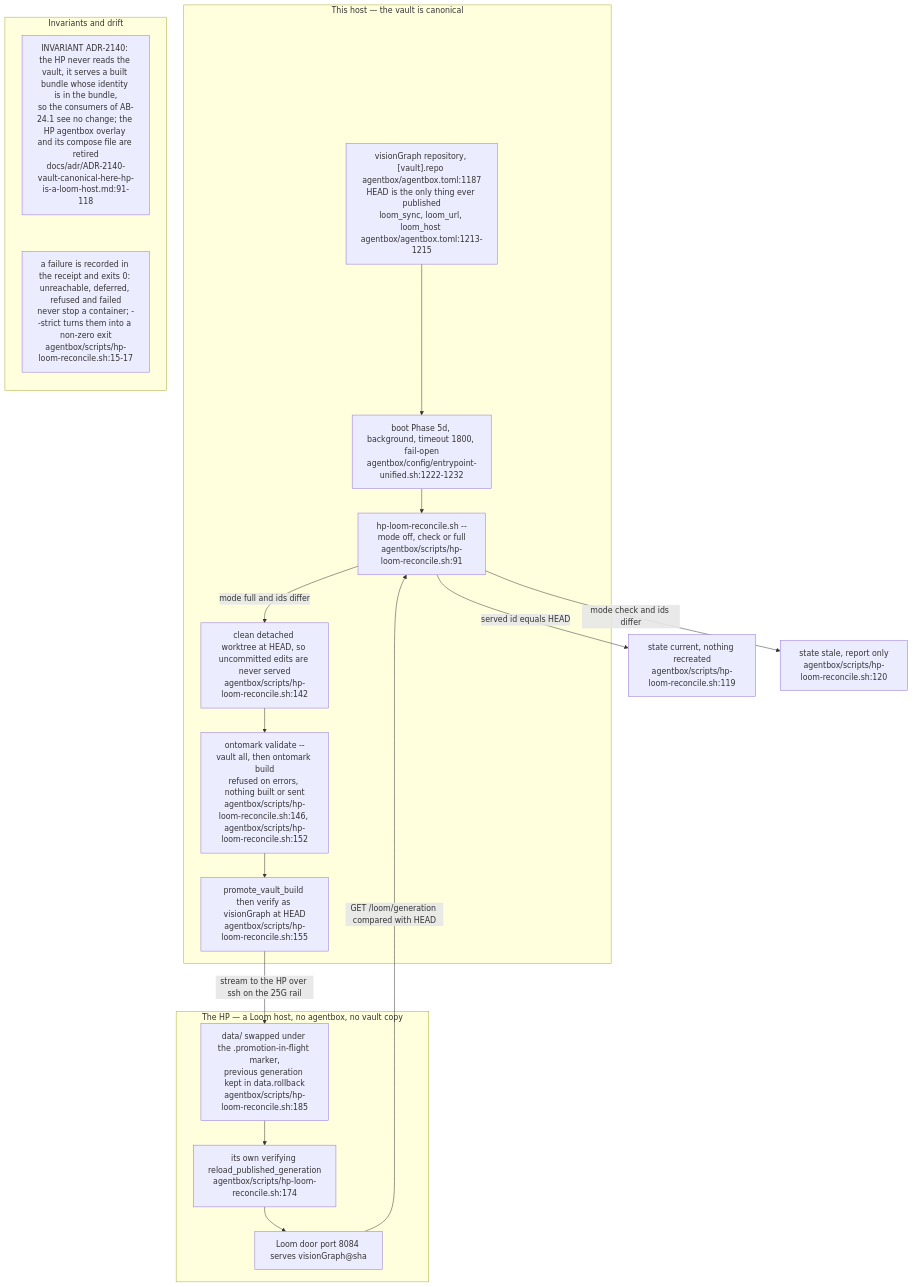
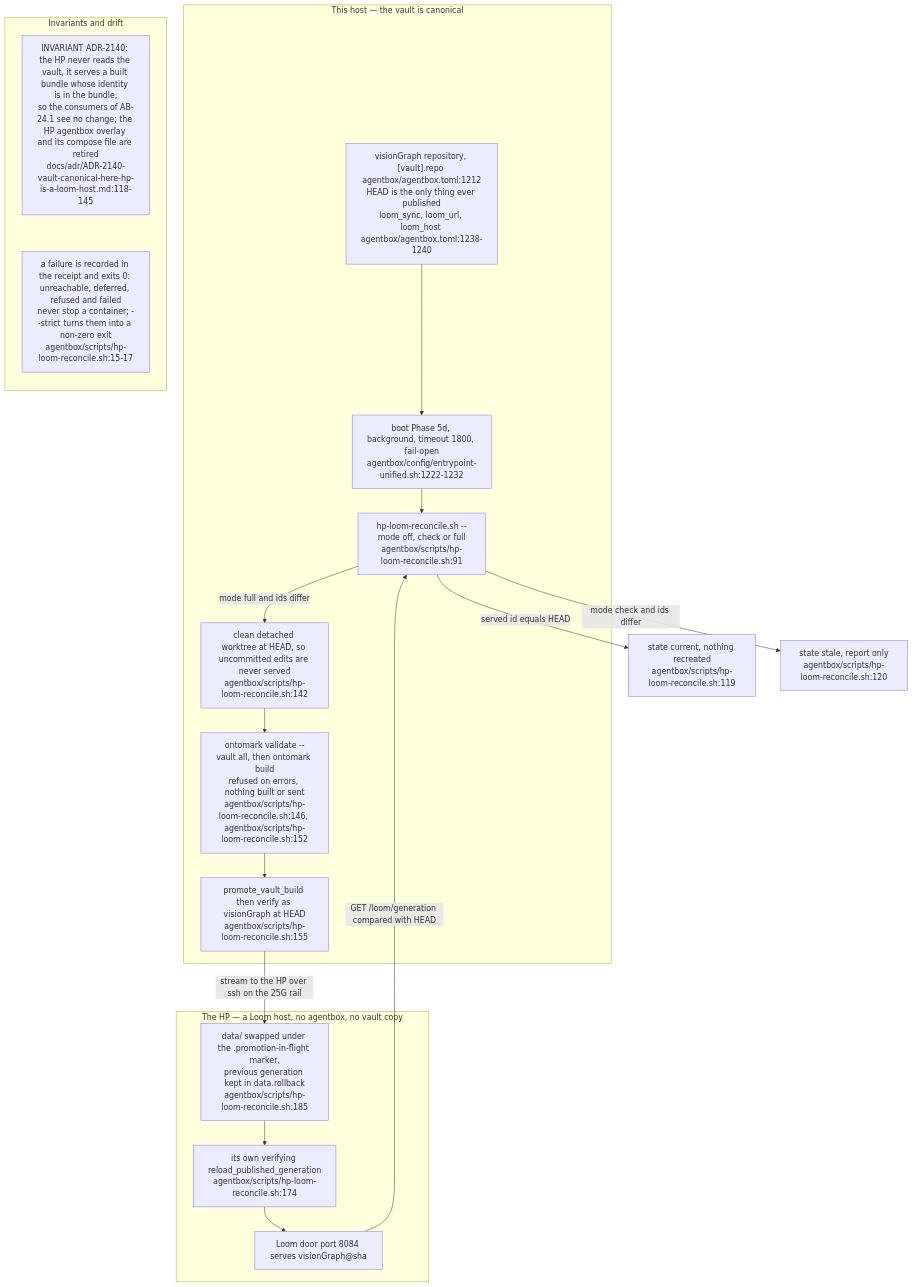
Diagram 14 of 14 in docs/diagrams/agentbox/24-loom-facade.md (DreamLab-AI/VisionFlow), drawn with Mermaid before and after one commit. The commit also changed other lines of this file and 7 other files, not shown here.

````diff
--- a/docs/diagrams/agentbox/24-loom-facade.md
+++ b/docs/diagrams/agentbox/24-loom-facade.md
@@ -527,28 +528,28 @@
 ```mermaid
 flowchart TB
     subgraph here["This host — the vault is canonical"]
-        VAULT["visionGraph repository, [vault].repo agentbox/agentbox.toml:1187<br/>HEAD is the only thing ever published<br/>loom_sync, loom_url, loom_host agentbox/agentbox.toml:1213-1215"]
+        VAULT["visionGraph repository, [vault].repo agentbox/agentbox.toml:1212<br/>HEAD is the only thing ever published<br/>loom_sync, loom_url, loom_host agentbox/agentbox.toml:1238-1240"]
         BOOT["boot Phase 5d, background, timeout 1800, fail-open<br/>agentbox/config/entrypoint-unified.sh:1222-1232"]
         REC["hp-loom-reconcile.sh --mode off, check or full<br/>agentbox/scripts/hp-loom-reconcile.sh:91"]
         WT["clean detached worktree at HEAD, so uncommitted edits are never served<br/>agentbox/scripts/hp-loom-reconcile.sh:142"]
         VAL["ontomark validate --vault all, then ontomark build<br/>refused on errors, nothing built or sent<br/>agentbox/scripts/hp-loom-reconcile.sh:146, agentbox/scripts/hp-loom-reconcile.sh:152"]
         PRO["promote_vault_build then verify as visionGraph at HEAD<br/>agentbox/scripts/hp-loom-reconcile.sh:155"]
     end
     subgraph hp["The HP — a Loom host, no agentbox, no vault copy"]
         DATA["data/ swapped under the .promotion-in-flight marker,<br/>previous generation kept in data.rollback<br/>agentbox/scripts/hp-loom-reconcile.sh:185"]
         RELOAD["its own verifying reload_published_generation<br/>agentbox/scripts/hp-loom-reconcile.sh:174"]
         DOOR["Loom door port 8084 serves visionGraph@sha"]
     end
     VAULT --> BOOT --> REC
     REC -->|"served id equals HEAD"| CUR["state current, nothing recreated<br/>agentbox/scripts/hp-loom-reconcile.sh:119"]
     REC -->|"mode check and ids differ"| STALE["state stale, report only<br/>agentbox/scripts/hp-loom-reconcile.sh:120"]
     REC -->|"mode full and ids differ"| WT --> VAL --> PRO
     PRO -->|"stream to the HP over ssh on the 25G rail"| DATA --> RELOAD --> DOOR
     DOOR -->|"GET /loom/generation compared with HEAD"| REC
     subgraph notes["Invariants and drift"]
         direction TB
-        N1["INVARIANT ADR-2140: the HP never reads the vault, it serves a built bundle whose identity is in the bundle,<br/>so the consumers of AB-24.1 see no change; the HP agentbox overlay and its compose file are retired<br/>docs/adr/ADR-2140-vault-canonical-here-hp-is-a-loom-host.md:91-118"]
+        N1["INVARIANT ADR-2140: the HP never reads the vault, it serves a built bundle whose identity is in the bundle,<br/>so the consumers of AB-24.1 see no change; the HP agentbox overlay and its compose file are retired<br/>docs/adr/ADR-2140-vault-canonical-here-hp-is-a-loom-host.md:118-145"]
         N2["a failure is recorded in the receipt and exits 0: unreachable, deferred, refused and failed<br/>never stop a container; --strict turns them into a non-zero exit<br/>agentbox/scripts/hp-loom-reconcile.sh:15-17"]
         N1 ~~~ N2
     end
 ```
````
